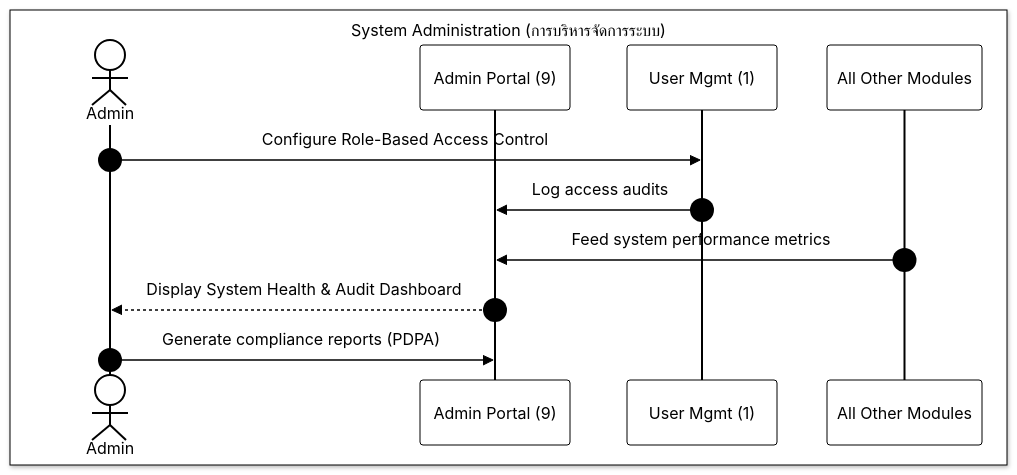
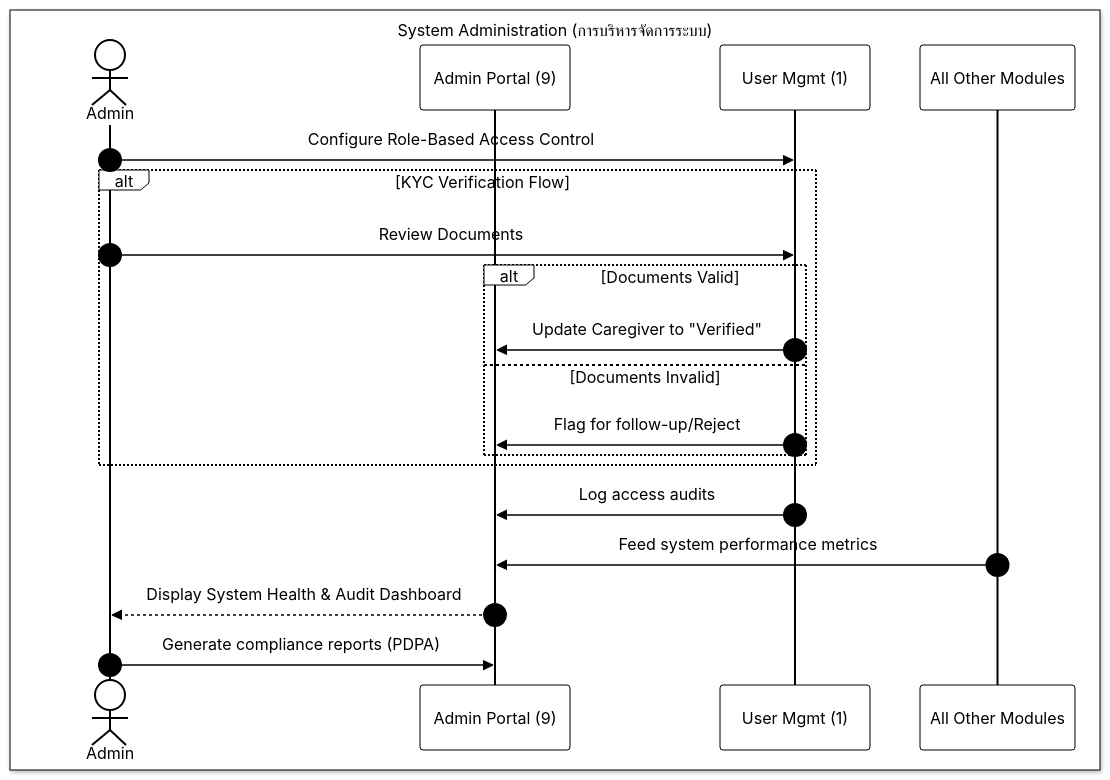
Before and after one commit to warattapobwaiarsa/CareDee_Project_Doc: the fifth of 6 diagrams in workflow/WORKFLOW.md, drawn with Mermaid. The commit also changed other lines of this file and 6 other files, not shown here.

````diff
--- a/workflow/WORKFLOW.md
+++ b/workflow/WORKFLOW.md
@@ -221,18 +242,26 @@
 ```mermaid
 %%{init: { 'theme': 'base', 'themeVariables': { 'darkMode': false, 'background': '#ffffff', 'mainBkg': '#ffffff', 'primaryColor': '#ffffff', 'primaryTextColor': '#000000', 'primaryBorderColor': '#000000', 'lineColor': '#000000', 'secondaryColor': '#ffffff', 'tertiaryColor': '#ffffff', 'actorBkg': '#ffffff', 'actorTextColor': '#000000', 'actorLineColor': '#000000', 'participantBkg': '#ffffff', 'participantTextColor': '#000000', 'participantBorderColor': '#000000', 'signalColor': '#000000', 'signalTextColor': '#000000', 'labelTextColor': '#000000', 'loopTextColor': '#000000', 'noteBkgColor': '#ffffff', 'noteTextColor': '#000000', 'activationBkgColor': '#ffffff', 'activationBorderColor': '#000000', 'sequenceNumberColor': '#000000' }, 'themeCSS': 'svg { background-color: white !important; background: white !important; } rect, circle, path, line, polygon, .labelBox, .cluster rect, .actor, .participant, .note, .activation { fill: white !important; stroke: black !important; stroke-width: 2px !important; } text, tspan, .loopText, .messageText, .noteText, .sequenceNumber { fill: black !important; color: black !important; font-weight: bold !important; font-size: 14px !important; } .cluster rect { stroke-dasharray: 0 !important; }' } }%%
 sequenceDiagram
     autonumber
 
     box white System Administration (การบริหารจัดการระบบ)
         actor AD as Admin
         participant Portal as Admin Portal (9)
         participant UM as User Mgmt (1)
         participant All as All Other Modules
     end
 
     AD->>UM: Configure Role-Based Access Control
+    alt KYC Verification Flow
+        AD->>UM: Review Documents
+        alt Documents Valid
+            UM->>Portal: Update Caregiver to "Verified"
+        else Documents Invalid
+            UM->>Portal: Flag for follow-up/Reject
+        end
+    end
     UM->>Portal: Log access audits
     All->>Portal: Feed system performance metrics
     Portal-->>AD: Display System Health & Audit Dashboard
     AD->>Portal: Generate compliance reports (PDPA)
 ```
````
